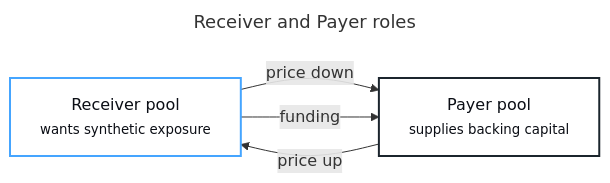
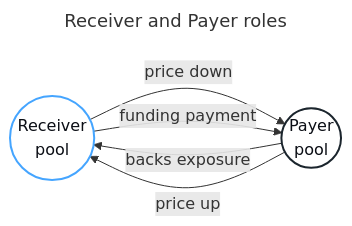
One commit to Null-Solutions/v1-docs changed the diagram in diagrams/receiver-payer-flow.mmd. Above: the diagram before and after it, drawn with Mermaid. The commit also changed 11 other files, not shown here.

Commit message:
Make docs pool diagrams circular

```diff
--- a/diagrams/receiver-payer-flow.mmd
+++ b/diagrams/receiver-payer-flow.mmd
@@ -1,15 +1,16 @@
 ---
 title: Receiver and Payer roles
 ---
 flowchart LR
-  receiver["Receiver pool<br/><small>wants synthetic exposure</small>"]
-  payer["Payer pool<br/><small>supplies backing capital</small>"]
+  receiver(("Receiver<br/>pool"))
+  payer(("Payer<br/>pool"))
 
+  payer -- "backs exposure" --> receiver
   payer -- "price up" --> receiver
   receiver -- "price down" --> payer
-  receiver -- "funding" --> payer
+  receiver -- "funding payment" --> payer
 
   classDef receiver fill:#FFFFFF,color:#0B0E15,stroke:#45A5FF,stroke-width:2px;
   classDef payer fill:#FFFFFF,color:#0B0E15,stroke:#1B252D,stroke-width:2px;
   class receiver receiver;
   class payer payer;
```
